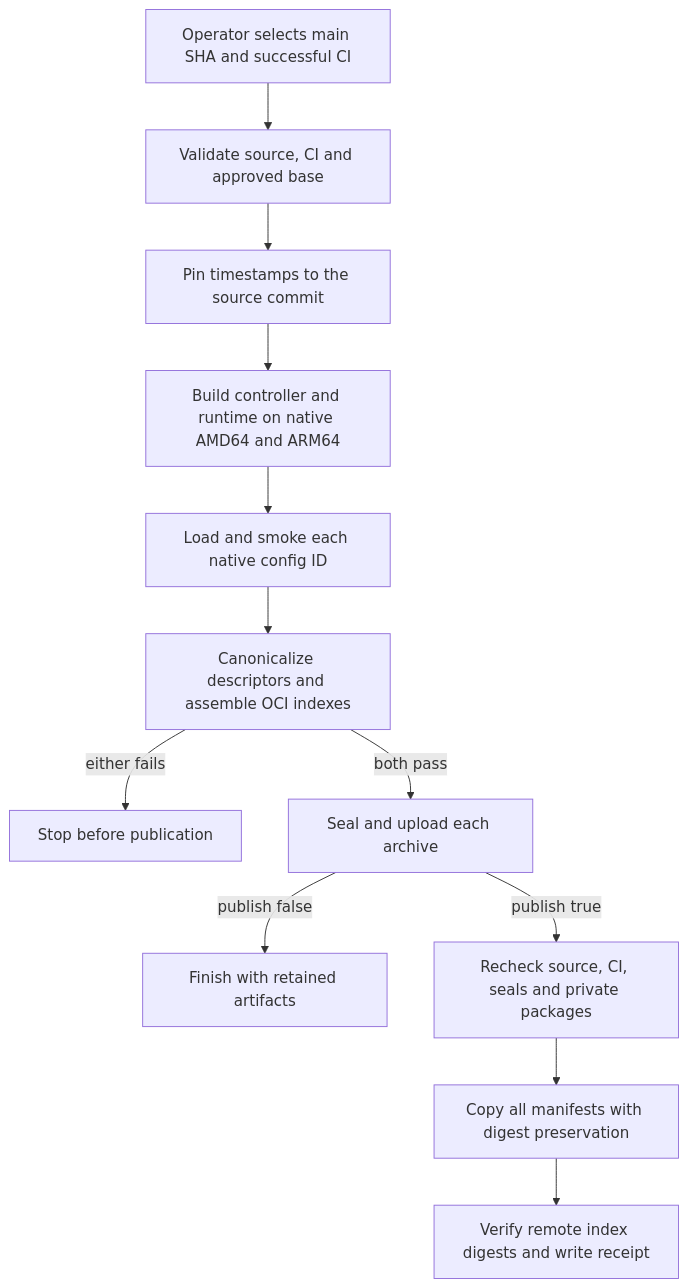
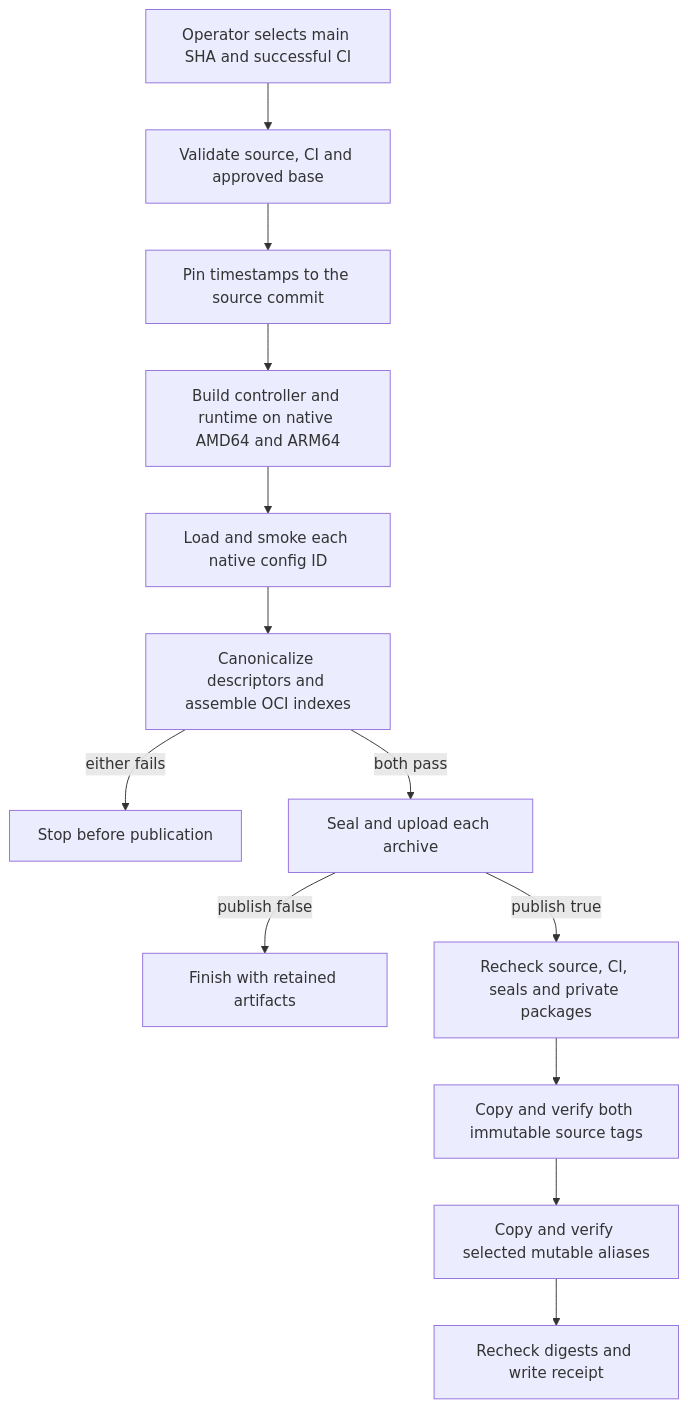
The diagram in docs/flows/container-publication.md (openclaw/openclaw-enterprise), drawn with Mermaid before and after one commit. The commit also changed other lines of this file and 4 other files, not shown here.

````diff
--- a/docs/flows/container-publication.md
+++ b/docs/flows/container-publication.md
@@ -29,14 +30,15 @@
 ```mermaid
 graph TD
   A["Operator selects main SHA and successful CI"] --> B["Validate source, CI and approved base"]
   B --> C["Pin timestamps to the source commit"]
   C --> D["Build controller and runtime on native AMD64 and ARM64"]
   D --> E["Load and smoke each native config ID"]
   E --> H["Canonicalize descriptors and assemble OCI indexes"]
   H -->|either fails| X["Stop before publication"]
   H -->|both pass| F["Seal and upload each archive"]
   F -->|publish false| G["Finish with retained artifacts"]
   F -->|publish true| I["Recheck source, CI, seals and private packages"]
-  I --> J["Copy all manifests with digest preservation"]
-  J --> K["Verify remote index digests and write receipt"]
+  I --> J["Copy and verify both immutable source tags"]
+  J --> K["Copy and verify selected mutable aliases"]
+  K --> L["Recheck digests and write receipt"]
 ```
````
